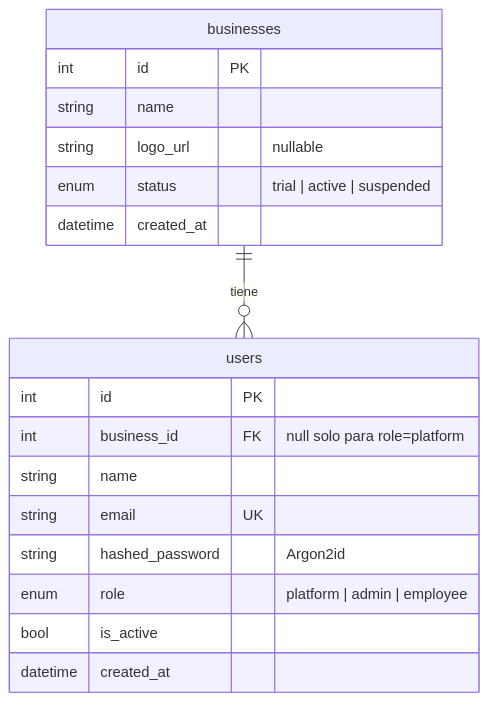
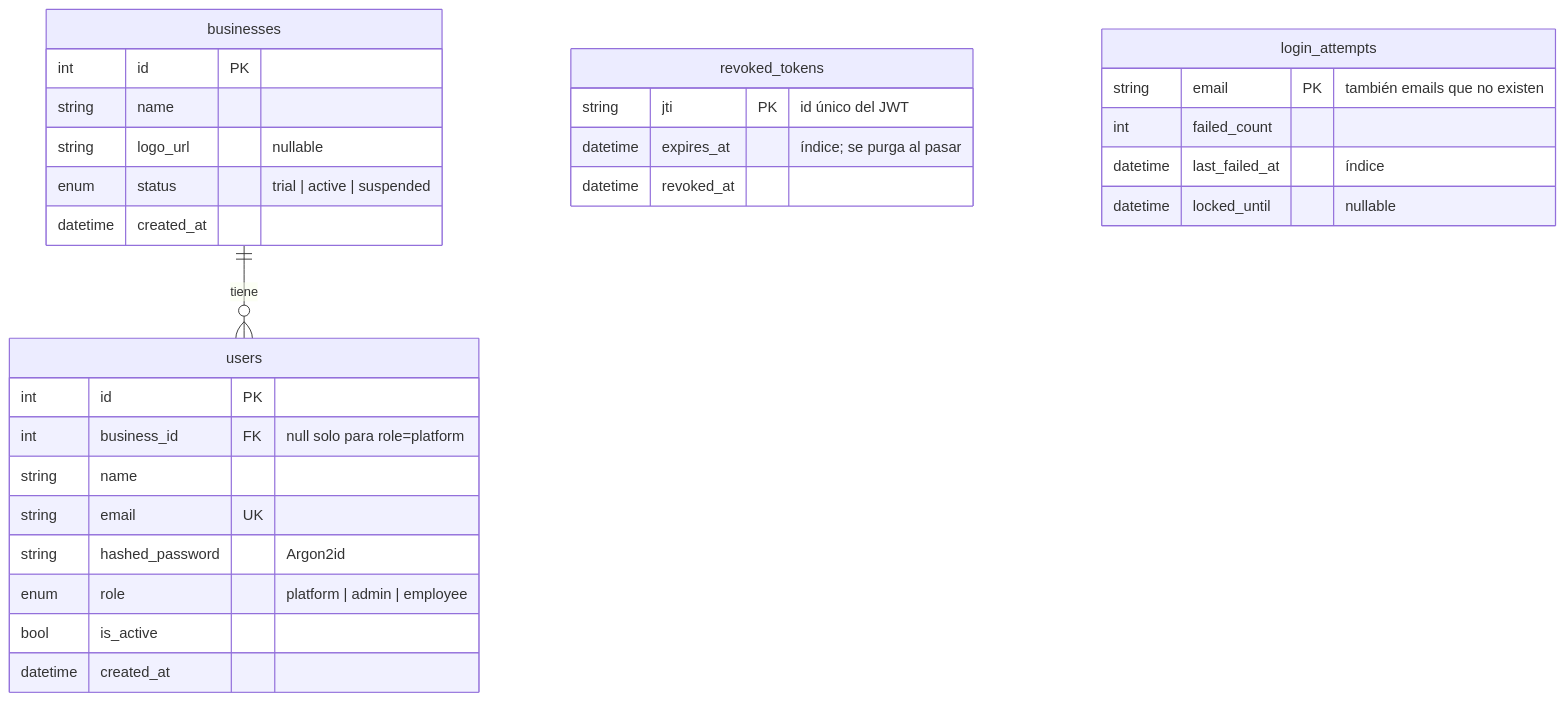
The third of 13 diagrams in docs/ARCHITECTURE.md (AGA-Studio/Member-Web), drawn with Mermaid before and after one commit. The commit also changed other lines of this file, not shown here.

Commit message:
docs: documentar logout y límite de login en la arquitectura

````diff
--- a/docs/ARCHITECTURE.md
+++ b/docs/ARCHITECTURE.md
@@ -79,23 +83,36 @@
 ```mermaid
 erDiagram
     businesses ||--o{ users : "tiene"
 
     businesses {
         int id PK
         string name
         string logo_url "nullable"
         enum status "trial | active | suspended"
         datetime created_at
     }
 
     users {
         int id PK
         int business_id FK "null solo para role=platform"
         string name
         string email UK
         string hashed_password "Argon2id"
         enum role "platform | admin | employee"
         bool is_active
         datetime created_at
     }
+
+    revoked_tokens {
+        string jti PK "id único del JWT"
+        datetime expires_at "índice; se purga al pasar"
+        datetime revoked_at
+    }
+
+    login_attempts {
+        string email PK "también emails que no existen"
+        int failed_count
+        datetime last_failed_at "índice"
+        datetime locked_until "nullable"
+    }
 ```
````
